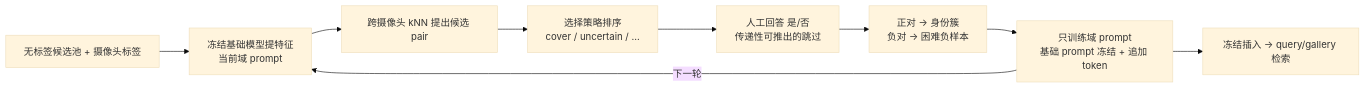
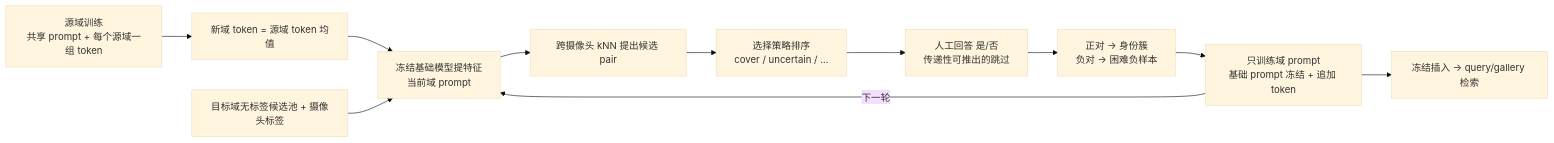
One commit to hykyuanduanvv/FERReid changed the diagram in README.md. Above: the diagram before and after it, drawn with Mermaid (base theme). The commit also changed other lines of this file and 31 other files, not shown here.

````diff
--- a/README.md
+++ b/README.md
@@ -17,11 +19,13 @@
 ```mermaid
 flowchart LR
-    A[无标签候选池 + 摄像头标签] --> B[冻结基础模型提特征<br/>当前域 prompt]
+    S[源域训练<br/>共享 prompt + 每个源域一组 token] --> I[新域 token = 源域 token 均值]
+    I --> B
+    A[目标域无标签候选池 + 摄像头标签] --> B[冻结基础模型提特征<br/>当前域 prompt]
     B --> C[跨摄像头 kNN 提出候选 pair]
     C --> D[选择策略排序<br/>cover / uncertain / ...]
     D --> E[人工回答 是/否<br/>传递性可推出的跳过]
     E --> F[正对 → 身份簇<br/>负对 → 困难负样本]
     F --> G[只训练域 prompt<br/>基础 prompt 冻结 + 追加 token]
     G -->|下一轮| B
     G --> H[冻结插入 → query/gallery 检索]
 ```
````
